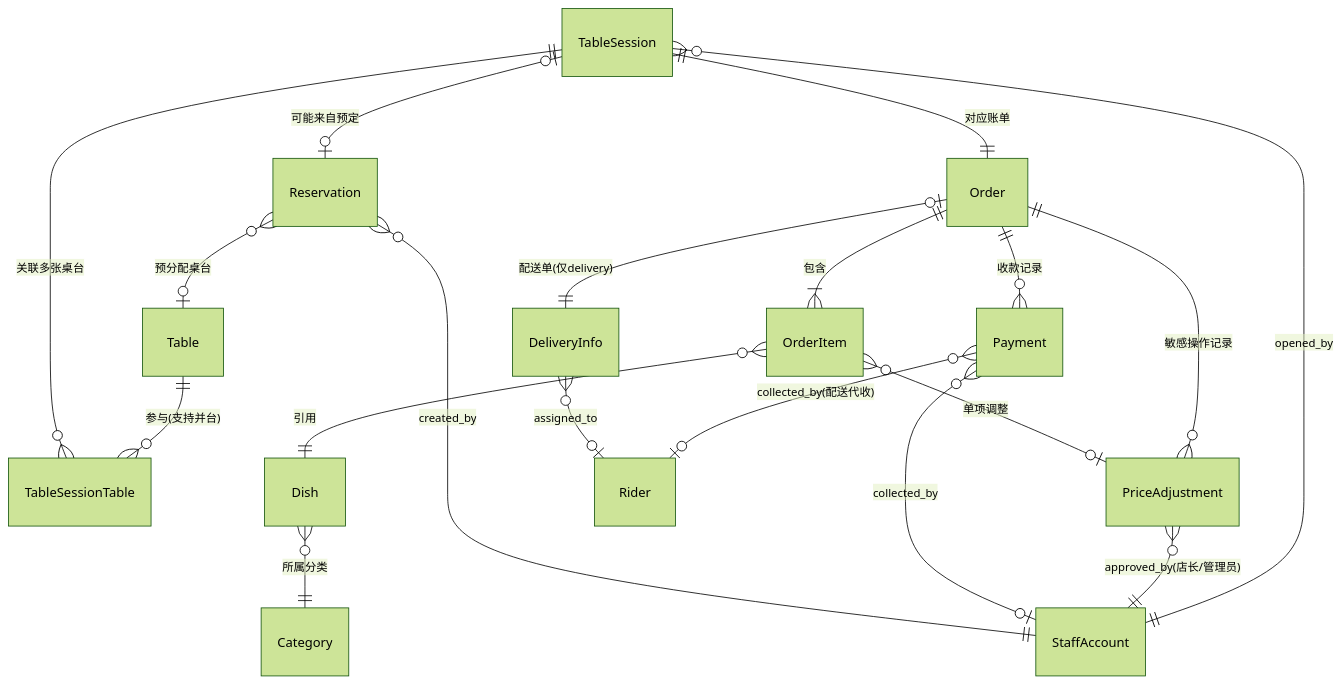
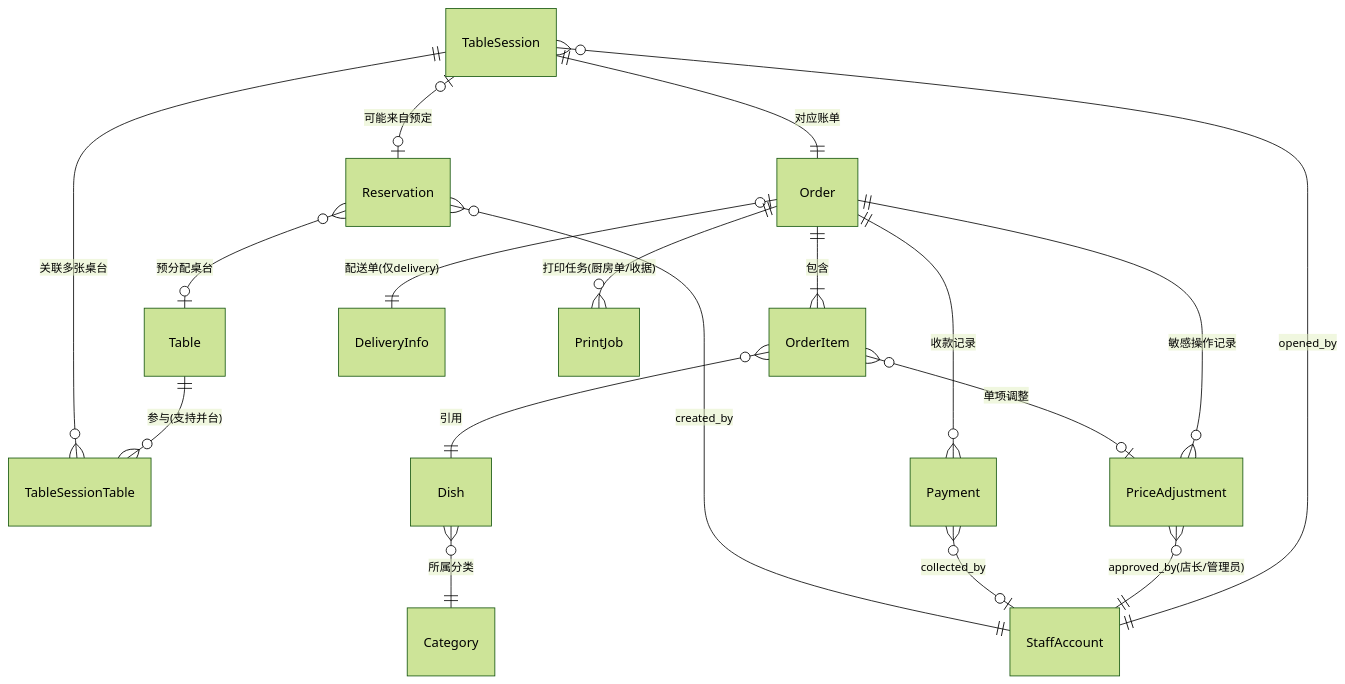
Before and after one commit to Felix-ziteng/Cloud-Lab-1-Restaurant: the diagram in docs/DATA_MODEL.md, drawn with Mermaid (forest theme). The commit also changed other lines of this file and 60 other files, not shown here.

````diff
--- a/docs/DATA_MODEL.md
+++ b/docs/DATA_MODEL.md
@@ -8,27 +8,25 @@
 ```mermaid
 erDiagram
     Table ||--o{ TableSessionTable : "参与(支持并台)"
     TableSession ||--o{ TableSessionTable : "关联多张桌台"
     TableSession ||--|| Order : "对应账单"
     TableSession }o--|| StaffAccount : "opened_by"
     TableSession |o--o| Reservation : "可能来自预定"
 
     Order ||--|{ OrderItem : "包含"
     Order ||--o{ Payment : "收款记录"
     Order ||--o{ PriceAdjustment : "敏感操作记录"
     Order |o--|| DeliveryInfo : "配送单(仅delivery)"
+    Order ||--o{ PrintJob : "打印任务(厨房单/收据)"
 
     OrderItem }o--|| Dish : "引用"
     OrderItem }o--o| PriceAdjustment : "单项调整"
 
     Dish }o--|| Category : "所属分类"
 
     PriceAdjustment }o--|| StaffAccount : "approved_by(店长/管理员)"
     Payment }o--o| StaffAccount : "collected_by"
-    Payment }o--o| Rider : "collected_by(配送代收)"
-
-    DeliveryInfo }o--o| Rider : "assigned_to"
 
     Reservation }o--o| Table : "预分配桌台"
     Reservation }o--|| StaffAccount : "created_by"
 ```
````
